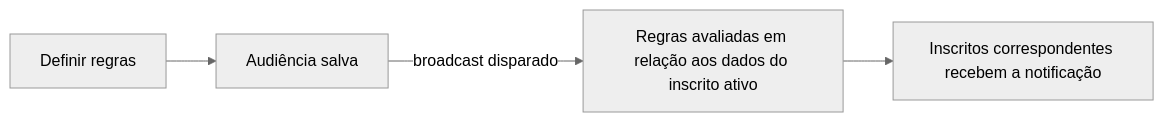
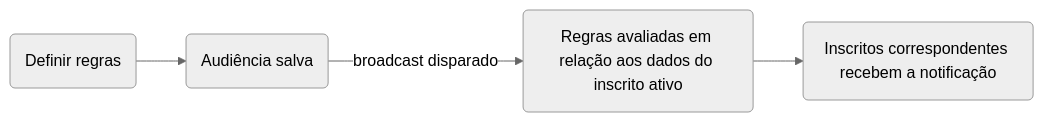
Before and after one commit to KriyanshKhunt/nexus_docs: the diagram in content/docs/pt/platform/features/audiences.mdx, drawn with Mermaid (neutral theme). The commit also changed 20 other files, not shown here.

Commit message:
Handle pt Mermaid charts

````diff
--- a/content/docs/pt/platform/features/audiences.mdx
+++ b/content/docs/pt/platform/features/audiences.mdx
@@ -14,6 +14,6 @@
 ```mermaid
 flowchart LR
-  D[Definir regras] --> A[Audiência salva]
-  A -->|broadcast disparado| E[Regras avaliadas em relação aos dados do inscrito ativo]
-  E --> M[Inscritos correspondentes recebem a notificação]
+  D(Definir regras) --> A(Audiência salva)
+  A -->|broadcast disparado| E(Regras avaliadas em relação aos dados do inscrito ativo)
+  E --> M(Inscritos correspondentes recebem a notificação)
 ```
````
